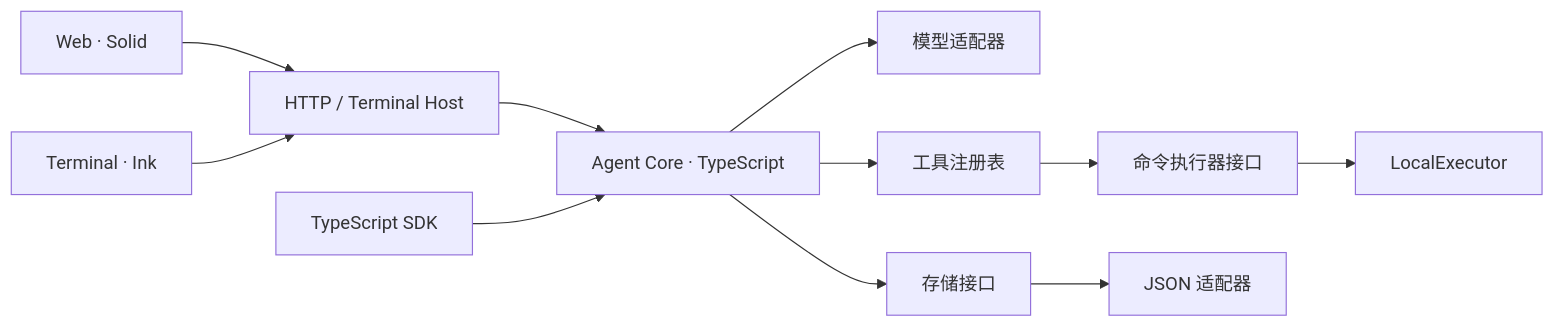
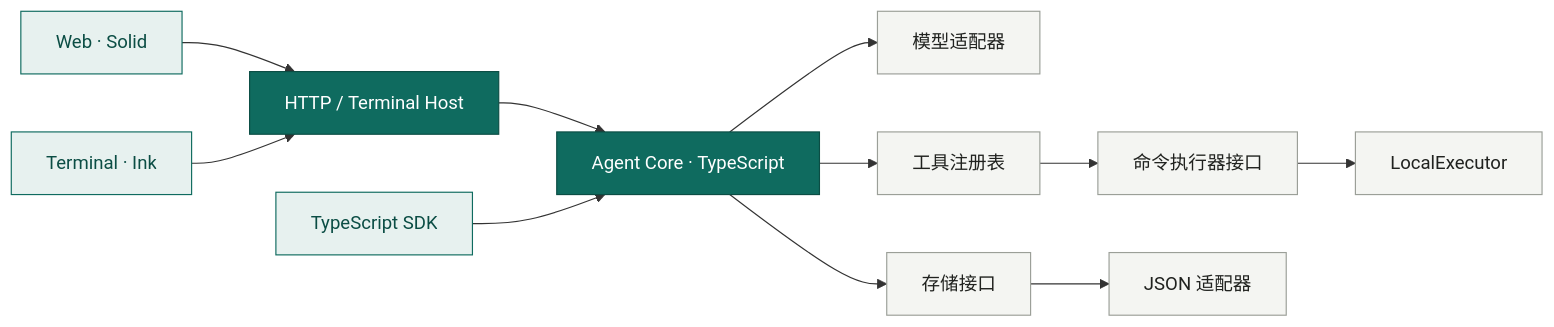
The diagram in README.zh-CN.md (Pixeldooooog/Agents), drawn with Mermaid before and after one commit. The commit also changed other lines of this file and 3 other files, not shown here.

````diff
--- a/README.zh-CN.md
+++ b/README.zh-CN.md
@@ -108,13 +152,20 @@
 ```mermaid
 flowchart LR
     Web[Web · Solid] --> Host[HTTP / Terminal Host]
     Terminal[Terminal · Ink] --> Host
     Host --> Core[Agent Core · TypeScript]
     SDK[TypeScript SDK] --> Core
     Core --> Models[模型适配器]
     Core --> Tools[工具注册表]
     Core --> Store[存储接口]
     Tools --> Executor[命令执行器接口]
     Executor --> Local[LocalExecutor]
     Store --> JSON[JSON 适配器]
+
+    classDef client fill:#e7f1ef,stroke:#0f6b5f,color:#0b4d44
+    classDef core fill:#0f6b5f,stroke:#0b4d44,color:#ffffff
+    classDef port fill:#f4f5f2,stroke:#9b9f98,color:#20221f
+    class Web,Terminal,SDK client
+    class Host,Core core
+    class Models,Tools,Store,Executor,Local,JSON port
 ```
````
